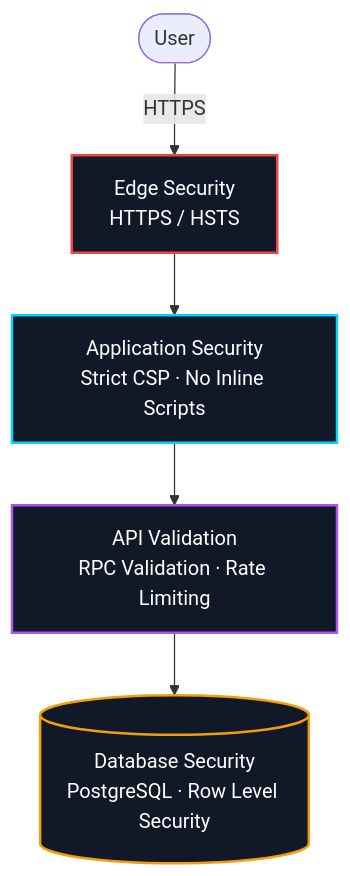
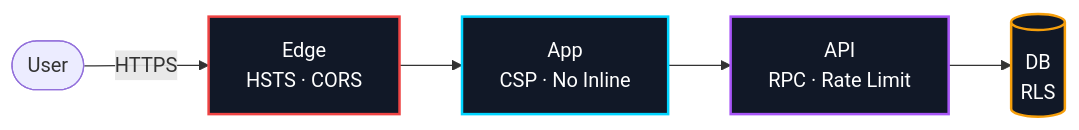
The third of 9 diagrams in README.md (or-carmeli/KubeQuest), drawn with Mermaid before and after one commit. The commit also changed other lines of this file, not shown here.

First line of the commit message:
docs: simplify app flow and security model diagrams

````diff
--- a/README.md
+++ b/README.md
@@ -173,19 +155,12 @@
 ```mermaid
-flowchart TB
-    USER([User])
+flowchart LR
+    USER([User]) -->|HTTPS| EDGE["Edge<br/>HSTS · CORS"]
+    EDGE --> APP["App<br/>CSP · No Inline"]
+    APP --> API["API<br/>RPC · Rate Limit"]
+    API --> DB[("DB<br/>RLS")]
 
-    EDGE["Edge Security<br/>HTTPS / HSTS"]
-    APP["Application Security<br/>Strict CSP · No Inline Scripts"]
-    API["API Validation<br/>RPC Validation · Rate Limiting"]
-    DB[("Database Security<br/>PostgreSQL · Row Level Security")]
-
-    USER -->|HTTPS| EDGE
-    EDGE --> APP
-    APP --> API
-    API --> DB
-
-    style EDGE fill:#111827,stroke:#EF4444,stroke-width:2px,color:#ffffff
-    style APP fill:#111827,stroke:#00D4FF,stroke-width:2px,color:#ffffff
-    style API fill:#111827,stroke:#A855F7,stroke-width:2px,color:#ffffff
-    style DB fill:#111827,stroke:#F59E0B,stroke-width:2px,color:#ffffff
+    style EDGE fill:#111827,stroke:#EF4444,stroke-width:2px,color:#fff
+    style APP fill:#111827,stroke:#00D4FF,stroke-width:2px,color:#fff
+    style API fill:#111827,stroke:#A855F7,stroke-width:2px,color:#fff
+    style DB fill:#111827,stroke:#F59E0B,stroke-width:2px,color:#fff
 ```
````
